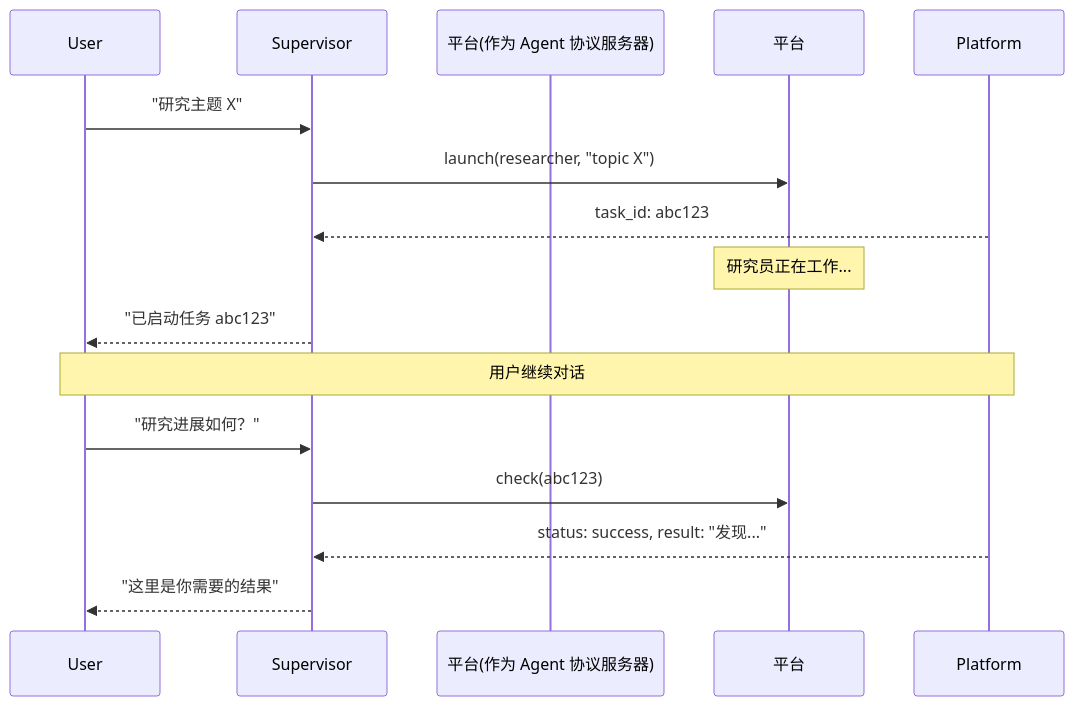
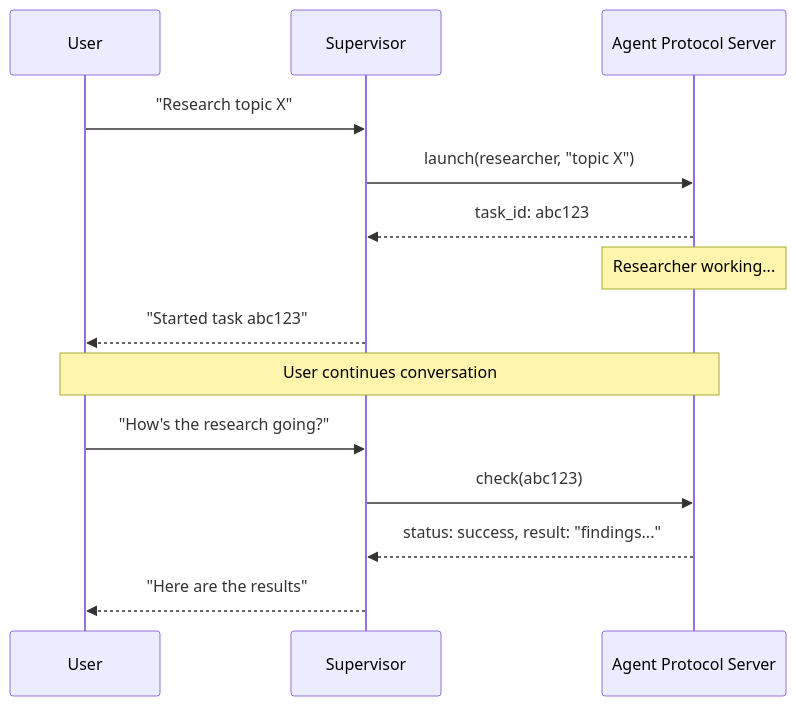
Before and after one commit to kunfan96/cndocs-langchain: the second of 2 diagrams in oss/python/deepagents/async-subagents.mdx, drawn with Mermaid. The commit also changed other lines of this file and 2538 other files, not shown here.

````diff
--- a/oss/python/deepagents/async-subagents.mdx
+++ b/oss/python/deepagents/async-subagents.mdx
@@ -111,21 +112,21 @@
 ```mermaid
 sequenceDiagram
     participant User
     participant Supervisor
-    participant 平台(作为 Agent 协议服务器)
+    participant Platform as Agent Protocol Server
 
-    User->>Supervisor: "研究主题 X"
-    Supervisor->>平台: launch(researcher, "topic X")
+    User->>Supervisor: "Research topic X"
+    Supervisor->>Platform: launch(researcher, "topic X")
     Platform-->>Supervisor: task_id: abc123
 
-    Note over 平台: 研究员正在工作...
+    Note over Platform: Researcher working...
 
-    Supervisor-->>User: "已启动任务 abc123"
+    Supervisor-->>User: "Started task abc123"
 
-    Note over User,Platform: 用户继续对话
+    Note over User,Platform: User continues conversation
 
-    User->>Supervisor: "研究进展如何？"
-    Supervisor->>平台: check(abc123)
-    Platform-->>Supervisor: status: success, result: "发现..."
-    Supervisor-->>User: "这里是你需要的结果"
+    User->>Supervisor: "How's the research going?"
+    Supervisor->>Platform: check(abc123)
+    Platform-->>Supervisor: status: success, result: "findings..."
+    Supervisor-->>User: "Here are the results"
 ```
````
